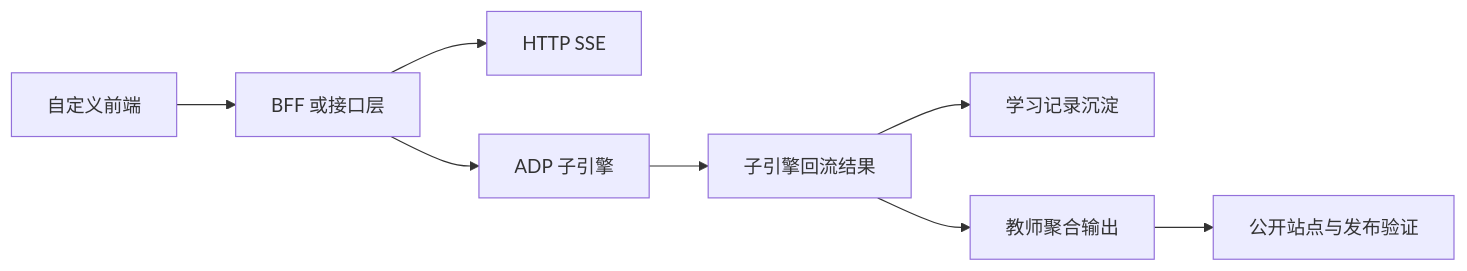
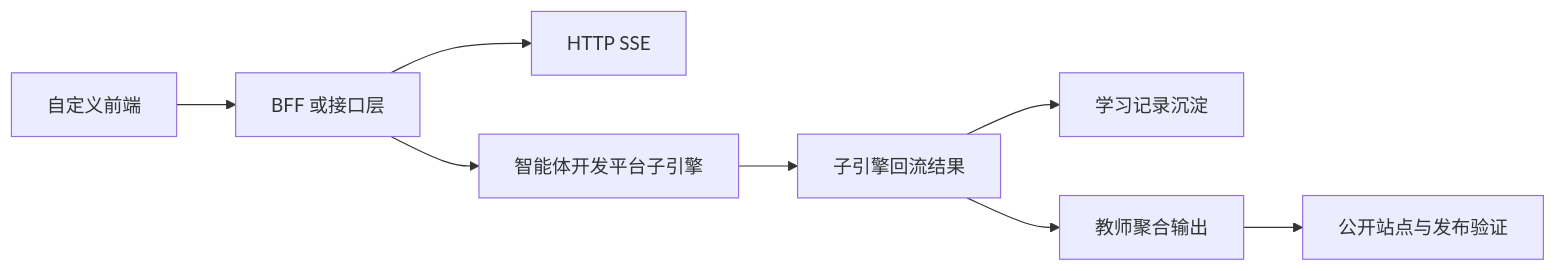
One commit to chenqsq/doc-showcase changed the diagram in doc/智能体文档/子引擎层/实施附录/03-P2-外部接入与产品后端-架构设计.md. Above: the diagram before and after it, drawn with Mermaid. The commit also changed other lines of this file and 16 other files, not shown here.

````diff
--- a/doc/智能体文档/子引擎层/实施附录/03-P2-外部接入与产品后端-架构设计.md
+++ b/doc/智能体文档/子引擎层/实施附录/03-P2-外部接入与产品后端-架构设计.md
@@ -74,10 +69,10 @@
 ```mermaid
 flowchart LR
     A[自定义前端] --> B[BFF 或接口层]
     B --> C[HTTP SSE]
-    B --> D[ADP 子引擎]
+    B --> D[智能体开发平台子引擎]
     D --> E[子引擎回流结果]
     E --> F[学习记录沉淀]
     E --> G[教师聚合输出]
     G --> H[公开站点与发布验证]
 ```
````
